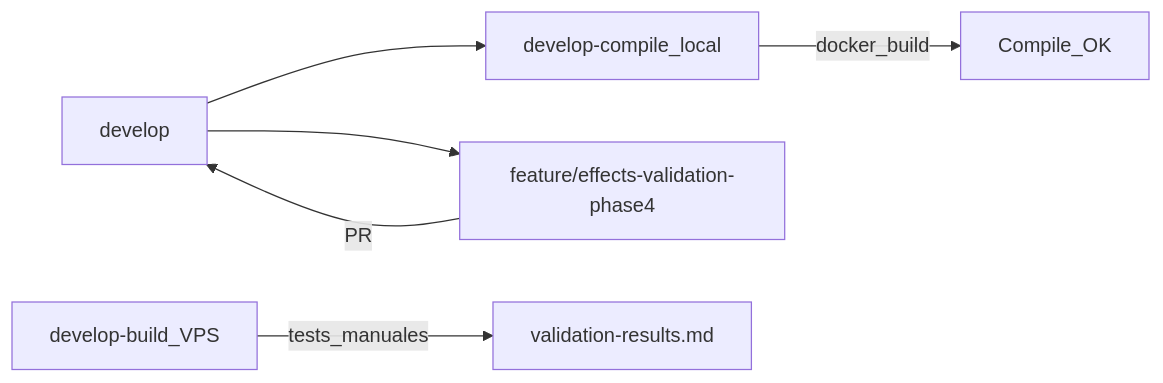
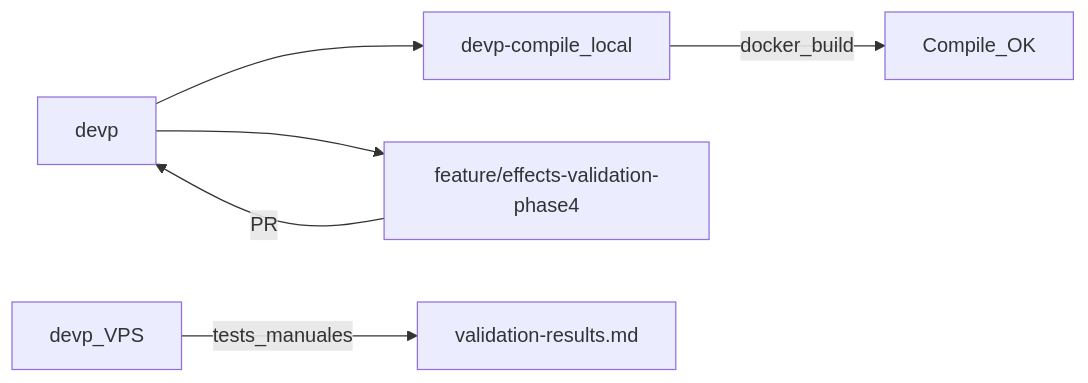
The diagram in docs/effects-validation-phase4/README.md (dagemov/DofusLegacy2.3.7), drawn with Mermaid before and after one commit. The commit also changed other lines of this file and 2 other files, not shown here.

Commit message:
docs(effects): actualizar refs develop a devp en Fase 4

````diff
--- a/docs/effects-validation-phase4/README.md
+++ b/docs/effects-validation-phase4/README.md
@@ -40,12 +40,12 @@
 ```mermaid
 flowchart LR
-  develop[develop]
-  compile[develop-compile_local]
-  build[develop-build_VPS]
+  devp[devp]
+  compile[devp-compile_local]
+  build[devp_VPS]
   phase4[feature/effects-validation-phase4]
-  develop --> compile
-  develop --> phase4
+  devp --> compile
+  devp --> phase4
   compile -->|docker_build| compileOK[Compile_OK]
   build -->|tests_manuales| results[validation-results.md]
-  phase4 -->|PR| develop
+  phase4 -->|PR| devp
 ```
````
